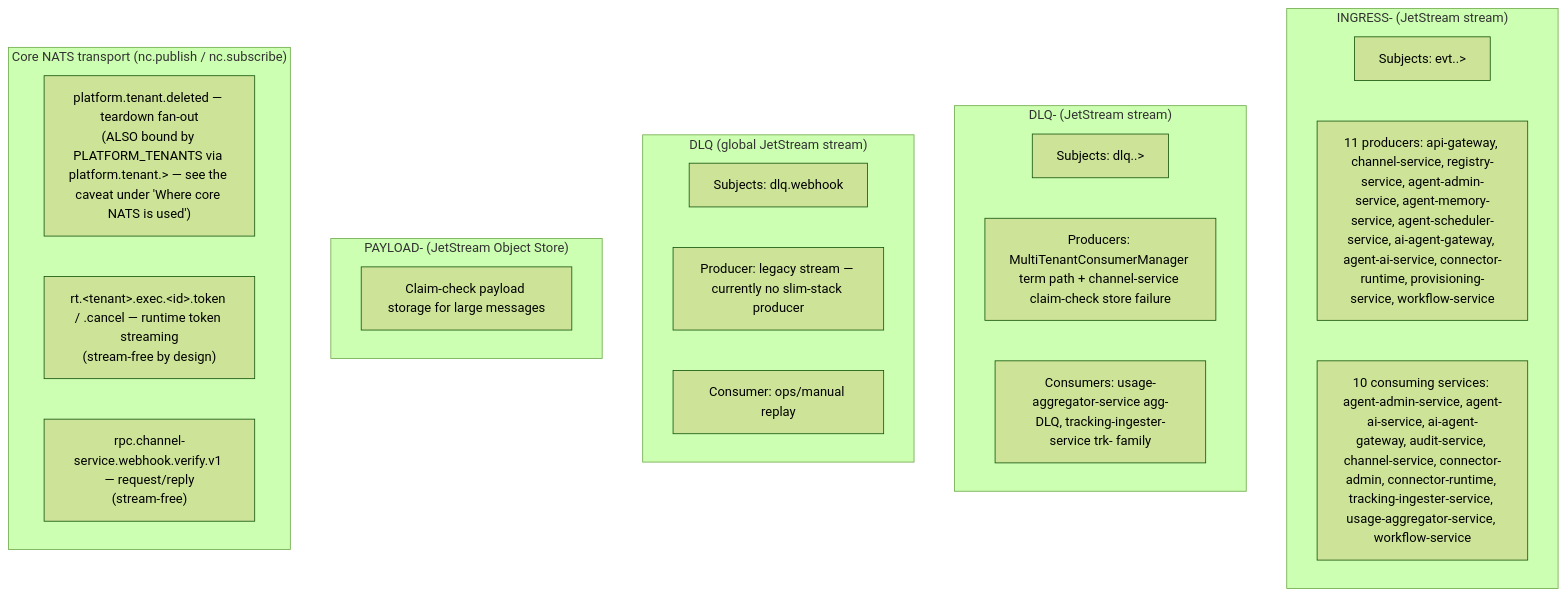
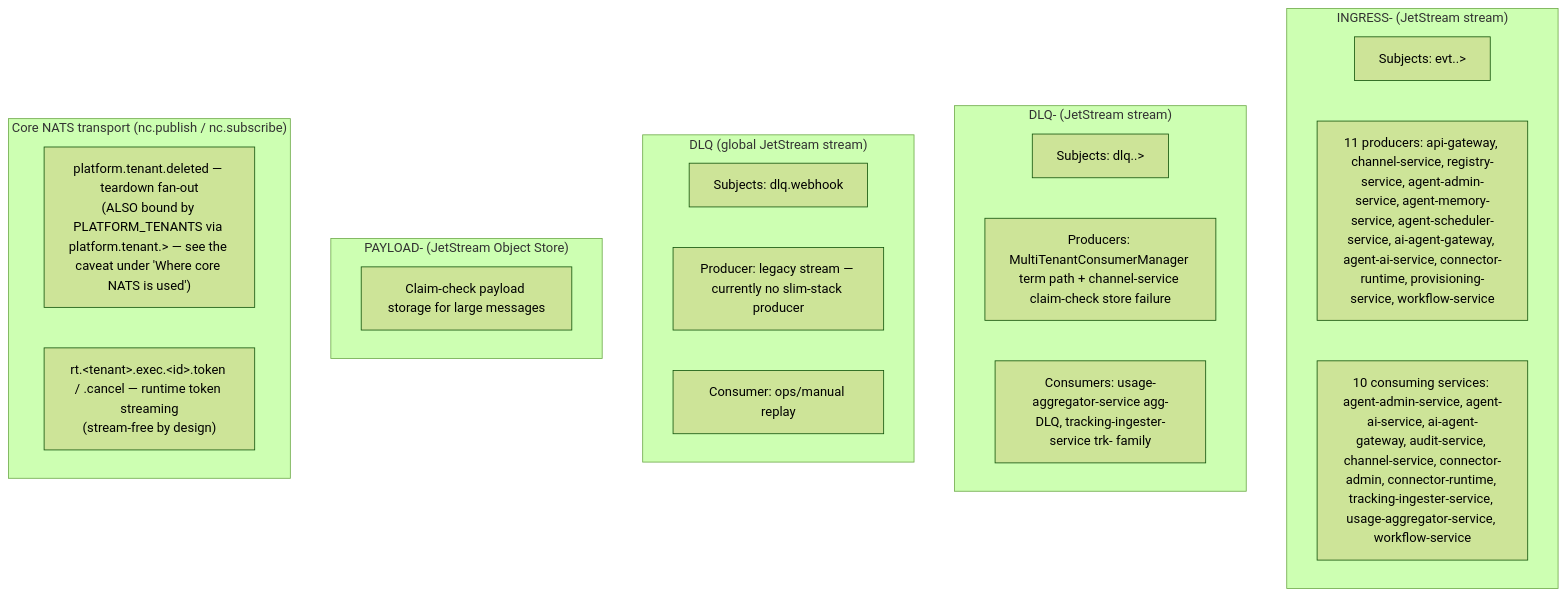
Before and after one commit to ccarnero/colloqui: the diagram in DOCS/messaging/service-bus.md, drawn with Mermaid (forest theme). The commit also changed other lines of this file and 43 other files, not shown here.

````diff
--- a/DOCS/messaging/service-bus.md
+++ b/DOCS/messaging/service-bus.md
@@ -117,30 +114,29 @@
 ```mermaid
 flowchart TD
     subgraph ingress["INGRESS-<tenant> (JetStream stream)"]
         in_subj[Subjects: evt.<tenant>.>]
         in_prod[11 producers: api-gateway, channel-service, registry-service, agent-admin-service, agent-memory-service, agent-scheduler-service, ai-agent-gateway, agent-ai-service, connector-runtime, provisioning-service, workflow-service]
         in_cons[10 consuming services: agent-admin-service, agent-ai-service, ai-agent-gateway, audit-service, channel-service, connector-admin, connector-runtime, tracking-ingester-service, usage-aggregator-service, workflow-service]
     end
 
     subgraph dlqt["DLQ-<tenant> (JetStream stream)"]
         dlqt_subj[Subjects: dlq.<tenant>.>]
         dlqt_prod[Producers: MultiTenantConsumerManager term path + channel-service claim-check store failure]
         dlqt_cons[Consumers: usage-aggregator-service agg-DLQ, tracking-ingester-service trk- family]
     end
 
     subgraph dlqg["DLQ (global JetStream stream)"]
         dlqg_subj[Subjects: dlq.webhook]
         dlqg_prod[Producer: legacy stream — currently no slim-stack producer]
         dlqg_cons[Consumer: ops/manual replay]
     end
 
     subgraph payload["PAYLOAD-<tenant> (JetStream Object Store)"]
         payload_role[Claim-check payload storage for large messages]
     end
 
     subgraph core["Core NATS transport (nc.publish / nc.subscribe)"]
         core_tenant["platform.tenant.deleted — teardown fan-out<br/>(ALSO bound by PLATFORM_TENANTS via platform.tenant.&gt; — see the caveat under 'Where core NATS is used')"]
         core_rt["rt.&lt;tenant&gt;.exec.&lt;id&gt;.token / .cancel — runtime token streaming<br/>(stream-free by design)"]
-        core_rpc["rpc.channel-service.webhook.verify.v1 — request/reply<br/>(stream-free)"]
     end
 ```
````
